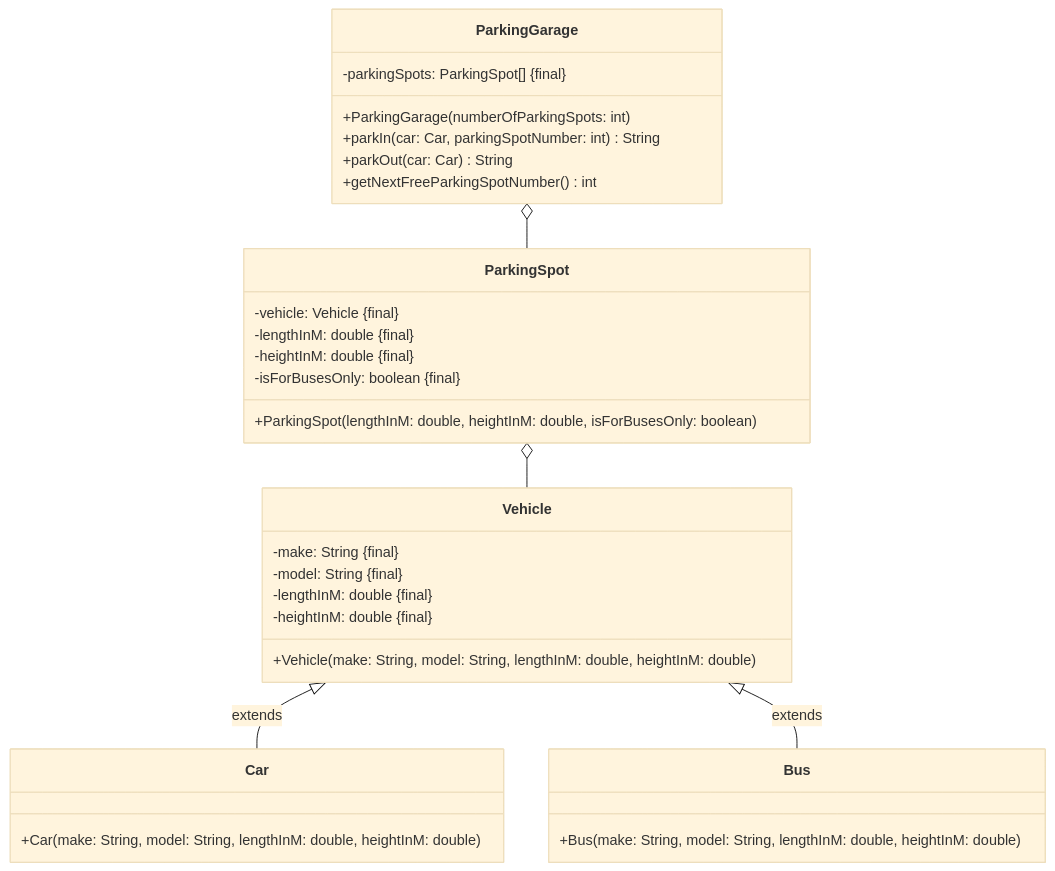
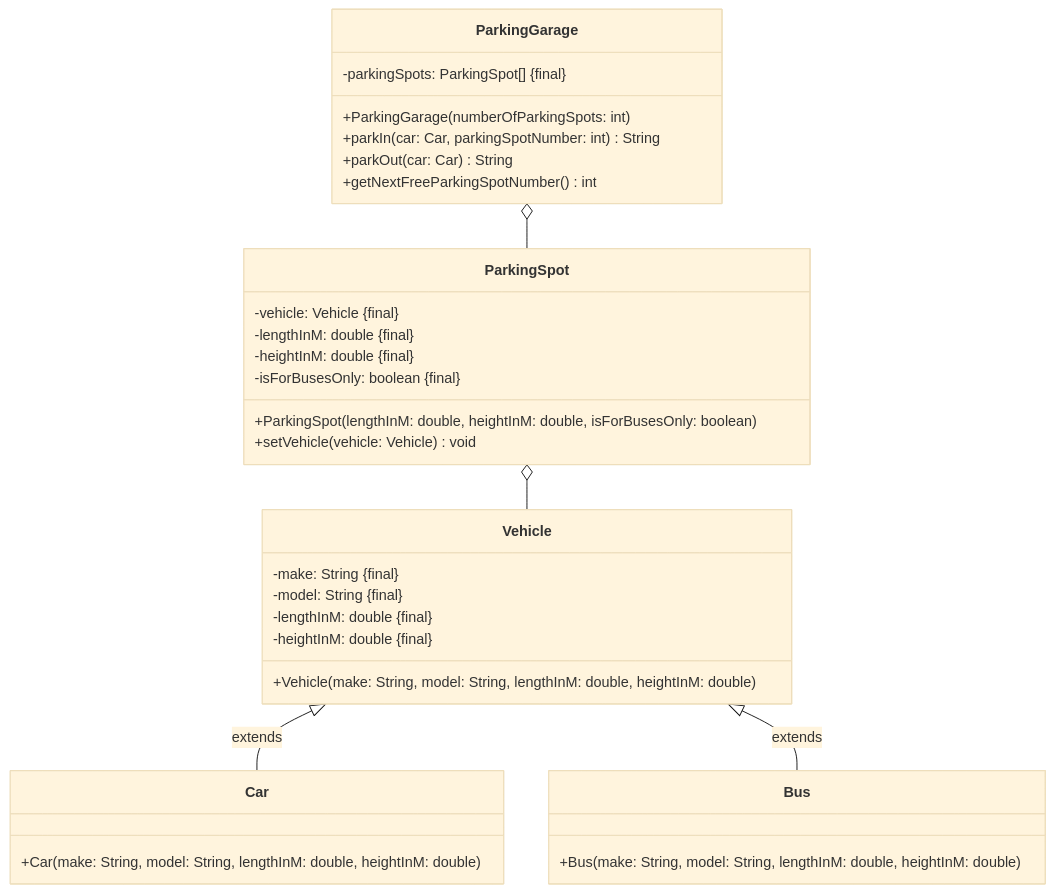
One commit to jappuccini/java-docs changed the diagram in docs/exam-exercises/exam-exercises-java1/class-diagrams/parking-garage.md. Above: the diagram before and after it, drawn with Mermaid (base theme). The commit also changed 2 other files, not shown here.

Commit message:
Small Fixes

````diff
--- a/docs/exam-exercises/exam-exercises-java1/class-diagrams/parking-garage.md
+++ b/docs/exam-exercises/exam-exercises-java1/class-diagrams/parking-garage.md
@@ -12,39 +12,40 @@
 ```mermaid
 classDiagram
     ParkingGarage o-- ParkingSpot
     ParkingSpot o-- Vehicle
     Vehicle <|-- Car : extends
     Vehicle <|-- Bus : extends
 
     class ParkingSpot {
         -vehicle: Vehicle #123;final#125;
         -lengthInM: double #123;final#125;
         -heightInM: double #123;final#125;
         -isForBusesOnly: boolean #123;final#125;
         +ParkingSpot(lengthInM: double, heightInM: double, isForBusesOnly: boolean)
+        +setVehicle(vehicle: Vehicle) void
     }
 
     class Vehicle {
         -make: String #123;final#125;
         -model: String #123;final#125;
         -lengthInM: double #123;final#125;
         -heightInM: double #123;final#125;
         +Vehicle(make: String, model: String, lengthInM: double, heightInM: double)
     }
 
     class Car {
         +Car(make: String, model: String, lengthInM: double, heightInM: double)
     }
 
     class Bus {
         +Bus(make: String, model: String, lengthInM: double, heightInM: double)
     }
 
     class ParkingGarage {
         -parkingSpots: ParkingSpot[] #123;final#125;
         +ParkingGarage(numberOfParkingSpots: int)
         +parkIn(car: Car, parkingSpotNumber: int) String
         +parkOut(car: Car) String
         +getNextFreeParkingSpotNumber() int
     }
 ```
````
